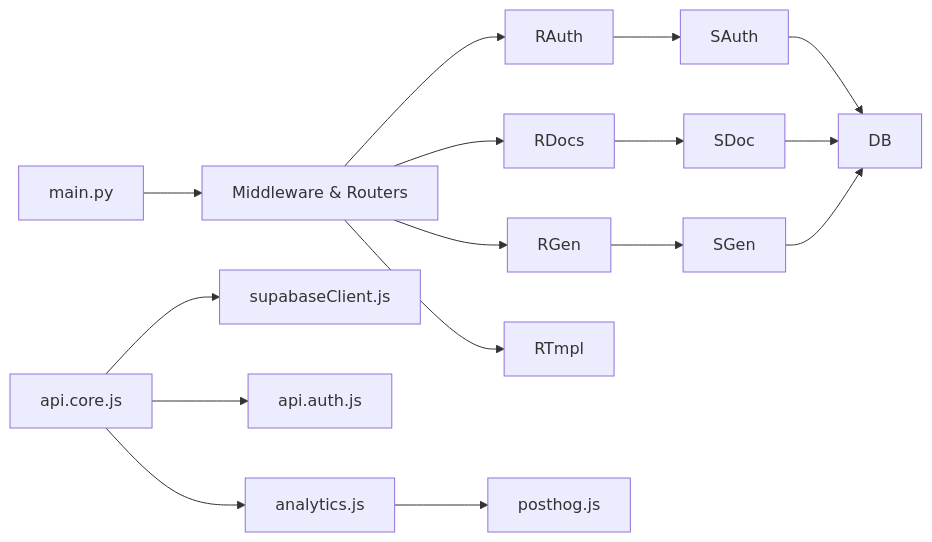
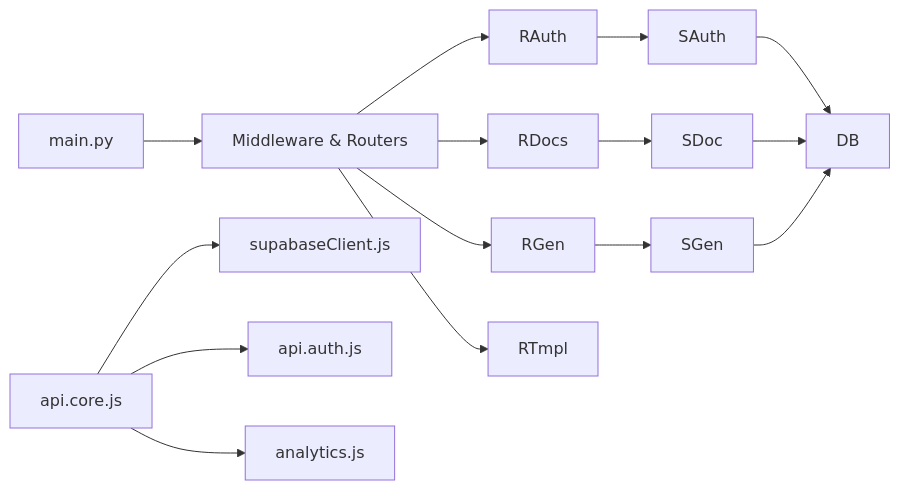
Before and after one commit to rohitkumarnaidu/ScholarFormAI: the eighth of 8 diagrams in .docs/content/Frontend Development/API Integration/API Integration.md, drawn with Mermaid. The commit also changed other lines of this file and 9 other files, not shown here.

````diff
--- a/.docs/content/Frontend Development/API Integration/API Integration.md
+++ b/.docs/content/Frontend Development/API Integration/API Integration.md
@@ -327,18 +295,17 @@
 ```mermaid
 graph LR
 App["main.py"] --> MW["Middleware & Routers"]
 MW --> RAuth
 MW --> RDocs
 MW --> RGen
 MW --> RTmpl
 RAuth --> SAuth
 RDocs --> SDoc
 RGen --> SGen
 SAuth --> DB
 SDoc --> DB
 SGen --> DB
 FE["api.core.js"] --> FSb["supabaseClient.js"]
 FE --> FAUTH["api.auth.js"]
 FE --> Fanalytics["analytics.js"]
-Fanalytics --> FPostHog["posthog.js"]
 ```
````
